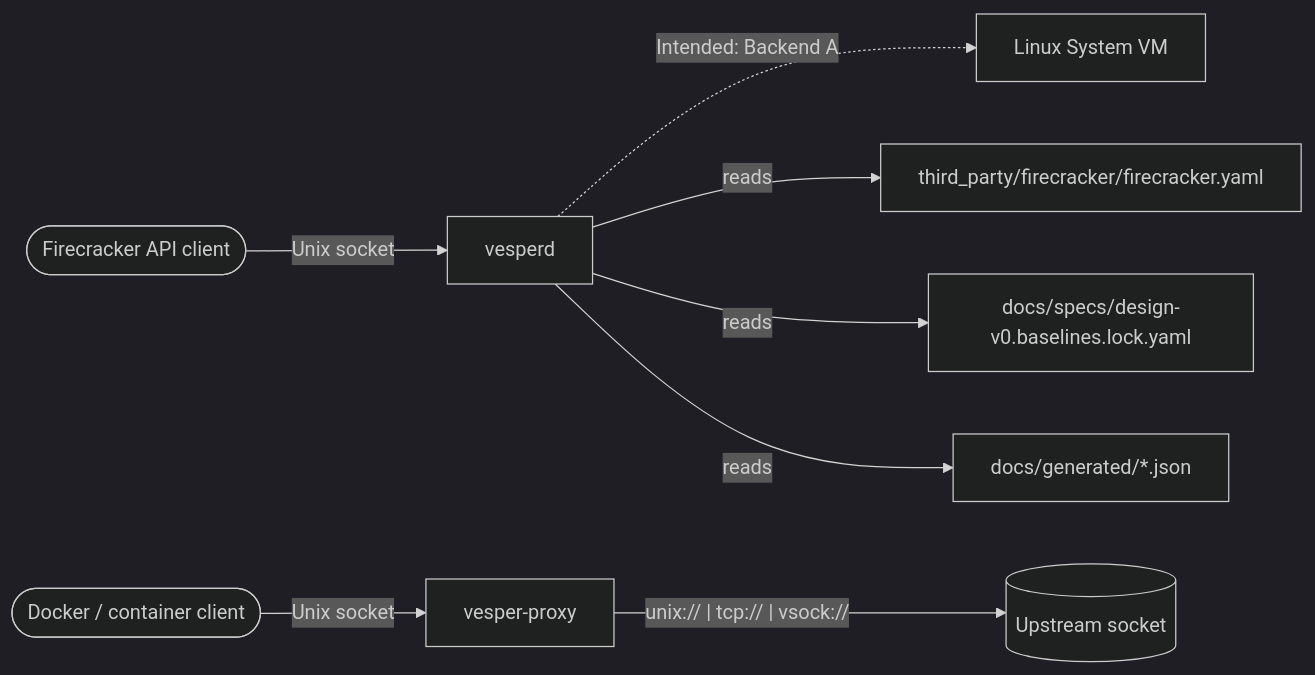
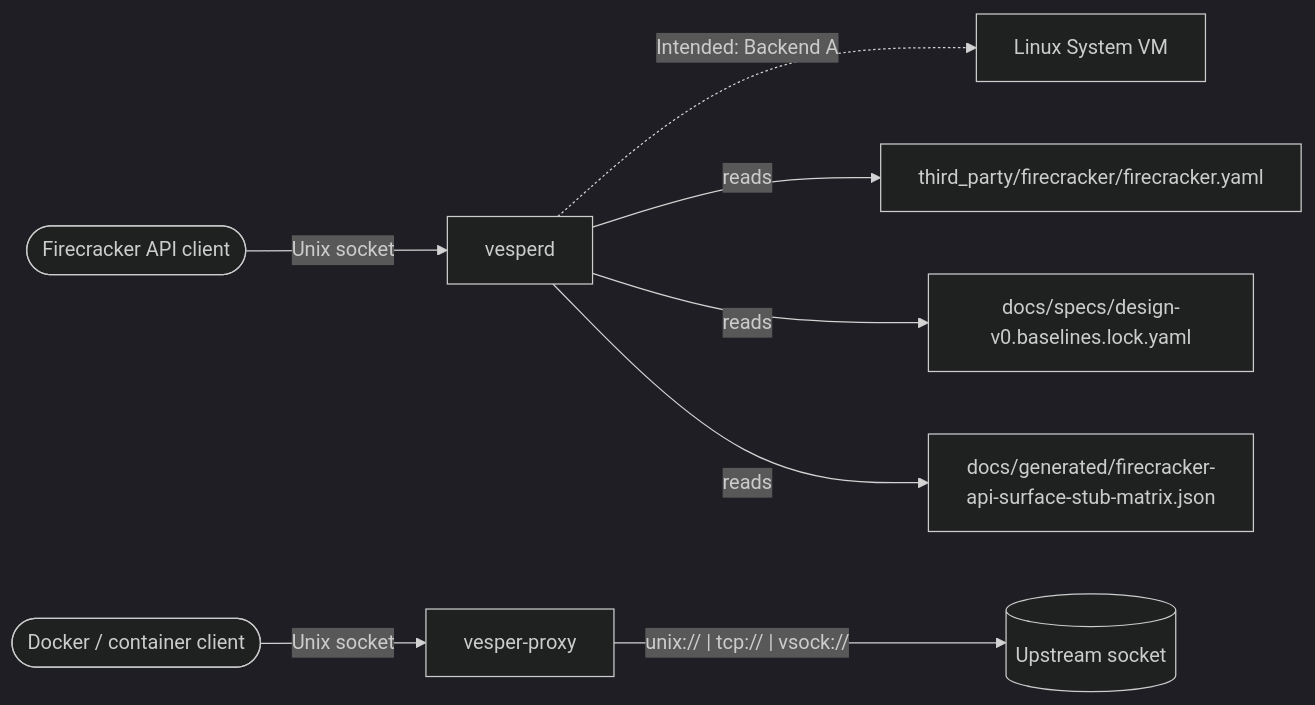
The first of 3 diagrams in ARCHITECTURE.md (cityhunteur/vesper), drawn with Mermaid (dark theme) before and after one commit. The commit also changed other lines of this file and 18 other files, not shown here.

````diff
--- a/ARCHITECTURE.md
+++ b/ARCHITECTURE.md
@@ -35,10 +35,10 @@
 ```mermaid
 flowchart LR
   client([Firecracker API client]) -- Unix socket --> vesperd[vesperd]
   docker([Docker / container client]) -- Unix socket --> proxy[vesper-proxy]
   proxy -- "unix:// | tcp:// | vsock://" --> upstream[(Upstream socket)]
   vesperd -. Intended: Backend A .-> sysvm[Linux System VM]
   vesperd -- reads --> spec[third_party/firecracker/firecracker.yaml]
   vesperd -- reads --> lock[docs/specs/design-v0.baselines.lock.yaml]
-  vesperd -- reads --> matrix[docs/generated/*.json]
+  vesperd -- reads --> matrix[docs/generated/firecracker-api-surface-stub-matrix.json]
 ```
````
